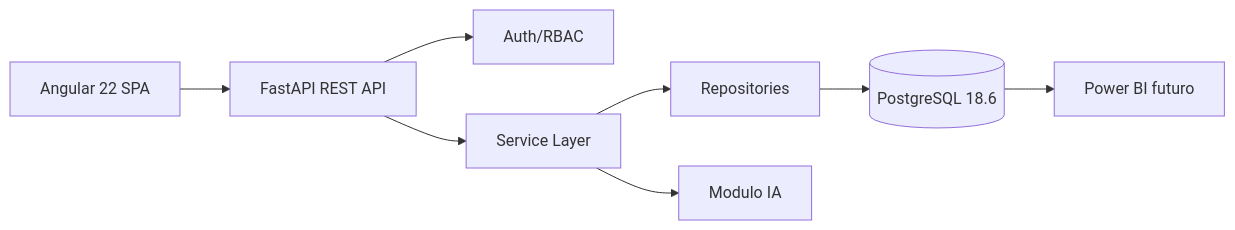
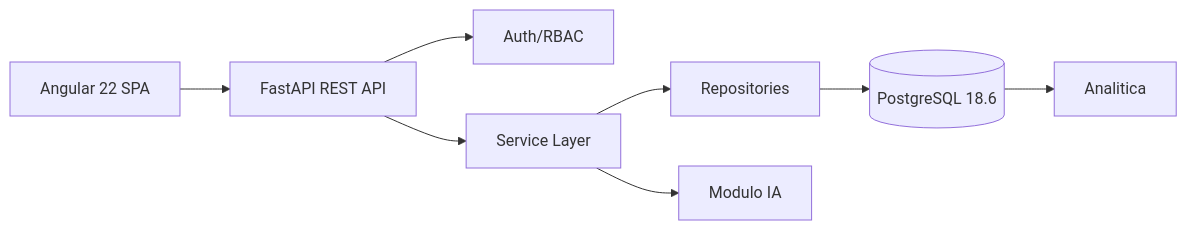
Before and after one commit to wesarzein/Paideia: the first of 2 diagrams in ARCHITECTURE.md, drawn with Mermaid. The commit also changed other lines of this file and 10 other files, not shown here.

````diff
--- a/ARCHITECTURE.md
+++ b/ARCHITECTURE.md
@@ -5,10 +5,10 @@
 ```mermaid
 flowchart LR
   UI[Angular 22 SPA] --> API[FastAPI REST API]
   API --> Auth[Auth/RBAC]
   API --> Services[Service Layer]
   Services --> Repos[Repositories]
   Repos --> DB[(PostgreSQL 18.6)]
   Services --> AI[Modulo IA]
-  DB --> BI[Power BI futuro]
+  DB --> BI[Analitica]
 ```
````
